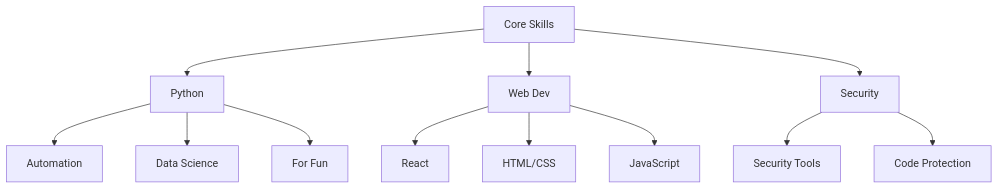
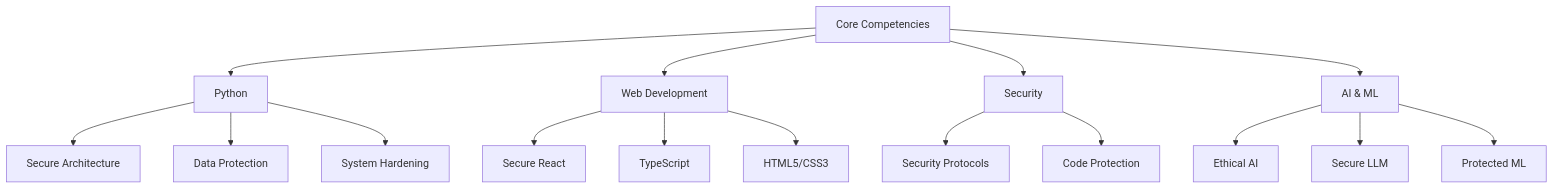
One commit to kleosr/kleosr changed the diagram in README.md. Above: the diagram before and after it, drawn with Mermaid. The commit also changed other lines of this file, not shown here.

````diff
--- a/README.md
+++ b/README.md
@@ -38,14 +49,18 @@
 ```mermaid
 graph TD
-    A[Core Skills] --> B[Python]
-    A --> C[Web Dev]
+    A[Core Competencies] --> B[Python]
+    A --> C[Web Development]
     A --> D[Security]
-    B --> E[Automation]
-    B --> F[Data Science]
-    B --> G[For Fun]
-    C --> H[React]
-    C --> I[HTML/CSS]
-    C --> J[JavaScript]
-    D --> K[Security Tools]
-    D --> L[Code Protection]
+    A --> E[AI & ML]
+    B --> F[Secure Architecture]
+    B --> G[Data Protection]
+    B --> H[System Hardening]
+    C --> I[Secure React]
+    C --> J[TypeScript]
+    C --> K[HTML5/CSS3]
+    D --> L[Security Protocols]
+    D --> M[Code Protection]
+    E --> N[Ethical AI]
+    E --> O[Secure LLM]
+    E --> P[Protected ML]
 ```
````
